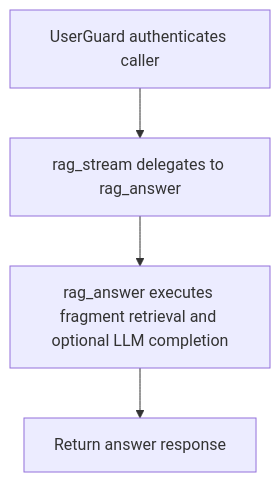
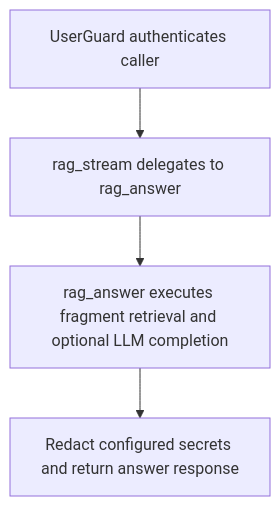
One commit to dickwu/nowledge changed the diagram in doc/api/post_v1_rag_stream.md. Above: the diagram before and after it, drawn with Mermaid. The commit also changed other lines of this file and 46 other files, not shown here.

````diff
--- a/doc/api/post_v1_rag_stream.md
+++ b/doc/api/post_v1_rag_stream.md
@@ -73,10 +75,10 @@
 ```mermaid
 flowchart TD
   n0["UserGuard authenticates caller"]
   n1["rag_stream delegates to rag_answer"]
   n2["rag_answer executes fragment retrieval and optional LLM completion"]
-  n3["Return answer response"]
+  n3["Redact configured secrets and return answer response"]
   n0 --> n1
   n1 --> n2
   n2 --> n3
 ```
````
